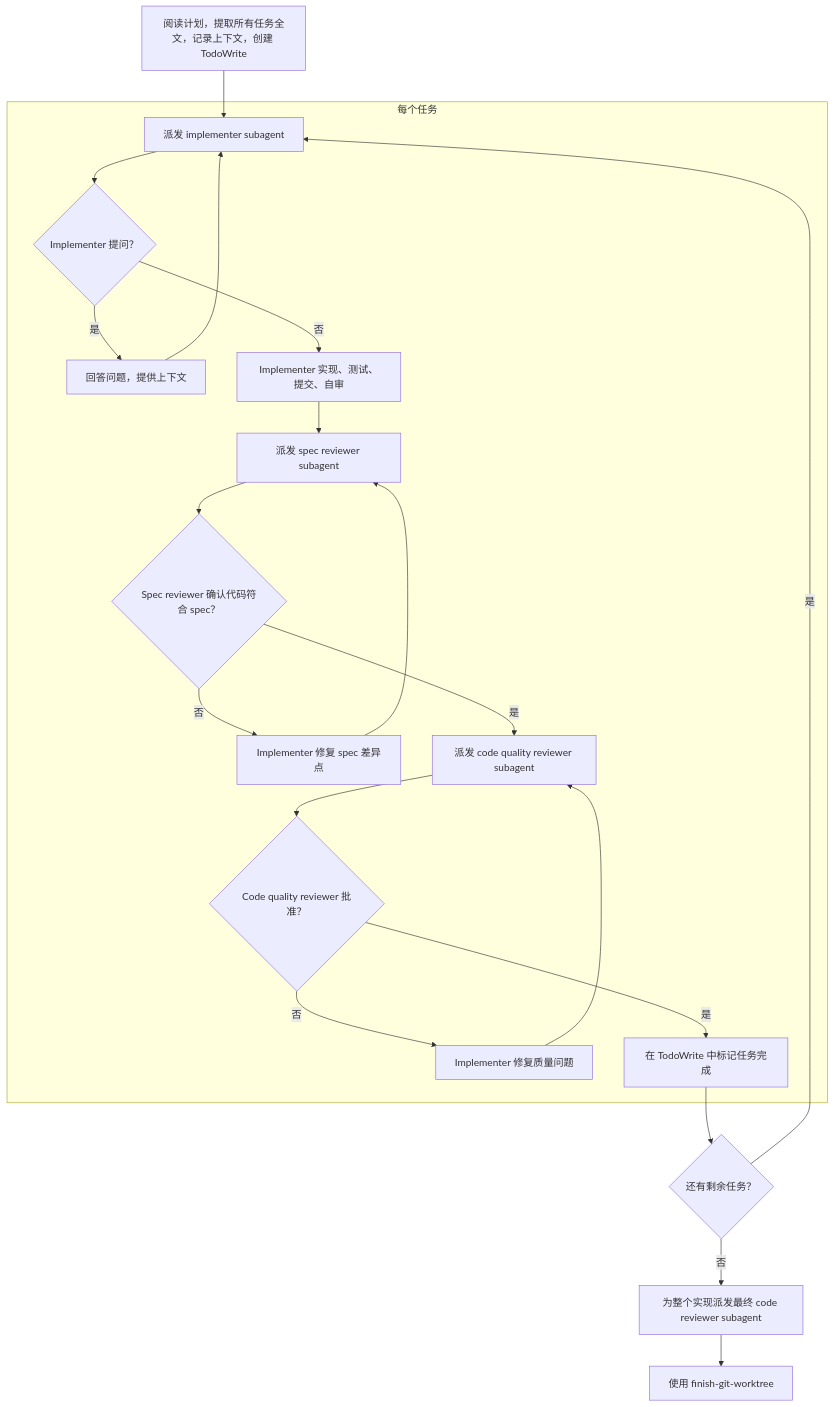
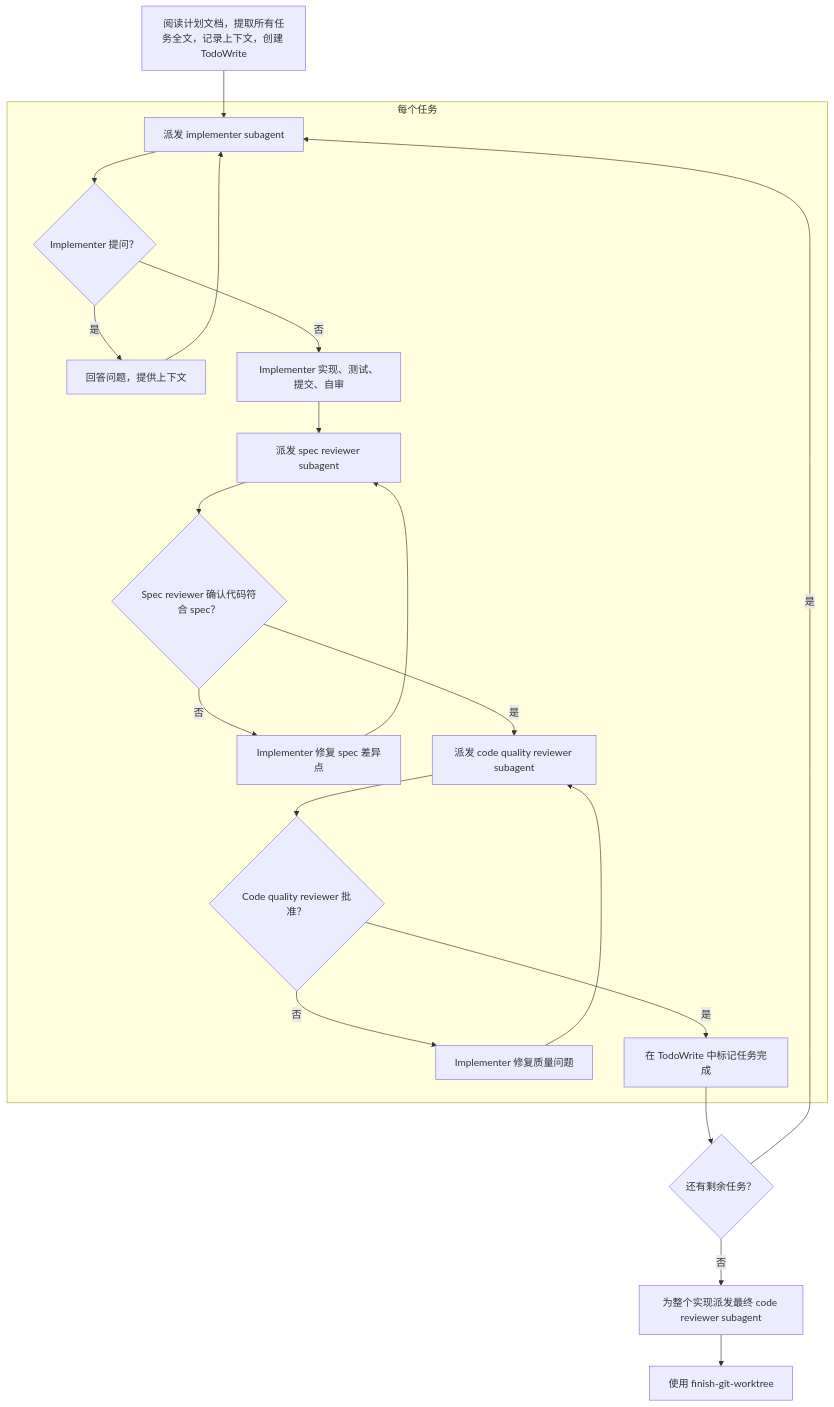
Before and after one commit to BaiduComate/mission-flow: the diagram in skills/subagent-impl/SKILL.md, drawn with Mermaid. The commit also changed other lines of this file and 11 other files, not shown here.

Commit message:
feat: localize mission flow stage names

````diff
--- a/skills/subagent-impl/SKILL.md
+++ b/skills/subagent-impl/SKILL.md
@@ -27,26 +29,26 @@
 ```mermaid
 flowchart TD
-    Start[阅读计划，提取所有任务全文，记录上下文，创建 TodoWrite]
+    Start[阅读计划文档，提取所有任务全文，记录上下文，创建 TodoWrite]
     Start --> Dispatch[派发 implementer subagent]
 
     subgraph PerTask[每个任务]
         Dispatch --> AskQ{Implementer 提问？}
         AskQ -->|是| Answer[回答问题，提供上下文]
         Answer --> Dispatch
         AskQ -->|否| Implement[Implementer 实现、测试、提交、自审]
         Implement --> SpecReview[派发 spec reviewer subagent]
         SpecReview --> SpecOK{Spec reviewer 确认代码符合 spec？}
         SpecOK -->|否| FixSpec[Implementer 修复 spec 差异点]
         FixSpec --> SpecReview
         SpecOK -->|是| QualityReview[派发 code quality reviewer subagent]
         QualityReview --> QualityOK{Code quality reviewer 批准？}
         QualityOK -->|否| FixQuality[Implementer 修复质量问题]
         FixQuality --> QualityReview
         QualityOK -->|是| MarkDone[在 TodoWrite 中标记任务完成]
     end
 
     MarkDone --> MoreTasks{还有剩余任务？}
     MoreTasks -->|是| Dispatch
     MoreTasks -->|否| FinalReview[为整个实现派发最终 code reviewer subagent]
     FinalReview --> Finish[使用 finish-git-worktree]
 ```
````
